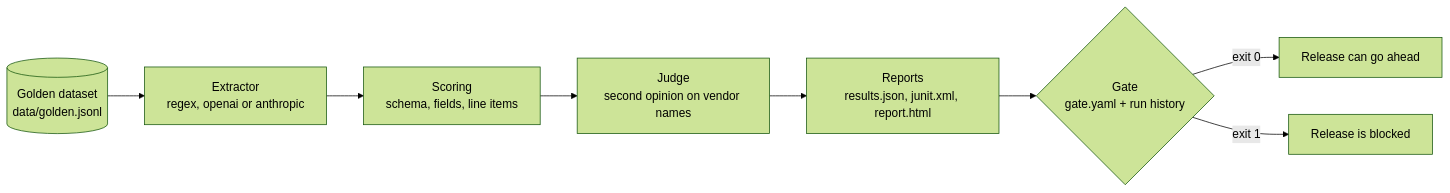
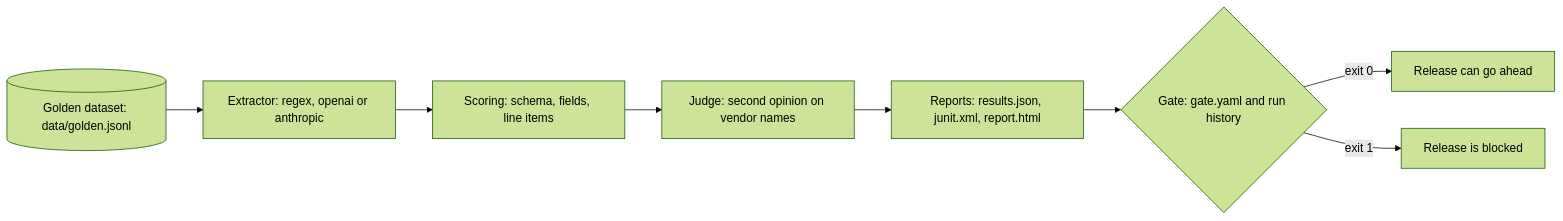
The diagram in llm-evals/README.md (EarlFernandes/qa-automation-portfolio), drawn with Mermaid (forest theme) before and after one commit. The commit also changed other lines of this file and 35 other files, not shown here.

````diff
--- a/llm-evals/README.md
+++ b/llm-evals/README.md
@@ -17,10 +17,10 @@
 ```mermaid
 flowchart LR
-    D[(Golden dataset<br/>data/golden.jsonl)] --> E[Extractor<br/>regex, openai or anthropic]
-    E --> S[Scoring<br/>schema, fields, line items]
-    S --> J[Judge<br/>second opinion on vendor names]
-    J --> R[Reports<br/>results.json, junit.xml, report.html]
-    R --> G{Gate<br/>gate.yaml + run history}
-    G -->|exit 0| OK[Release can go ahead]
-    G -->|exit 1| STOP[Release is blocked]
+    D[("Golden dataset: data/golden.jsonl")] --> E["Extractor: regex, openai or anthropic"]
+    E --> S["Scoring: schema, fields, line items"]
+    S --> J["Judge: second opinion on vendor names"]
+    J --> R["Reports: results.json, junit.xml, report.html"]
+    R --> G{"Gate: gate.yaml and run history"}
+    G -->|"exit 0"| OK["Release can go ahead"]
+    G -->|"exit 1"| STOP["Release is blocked"]
 ```
````
